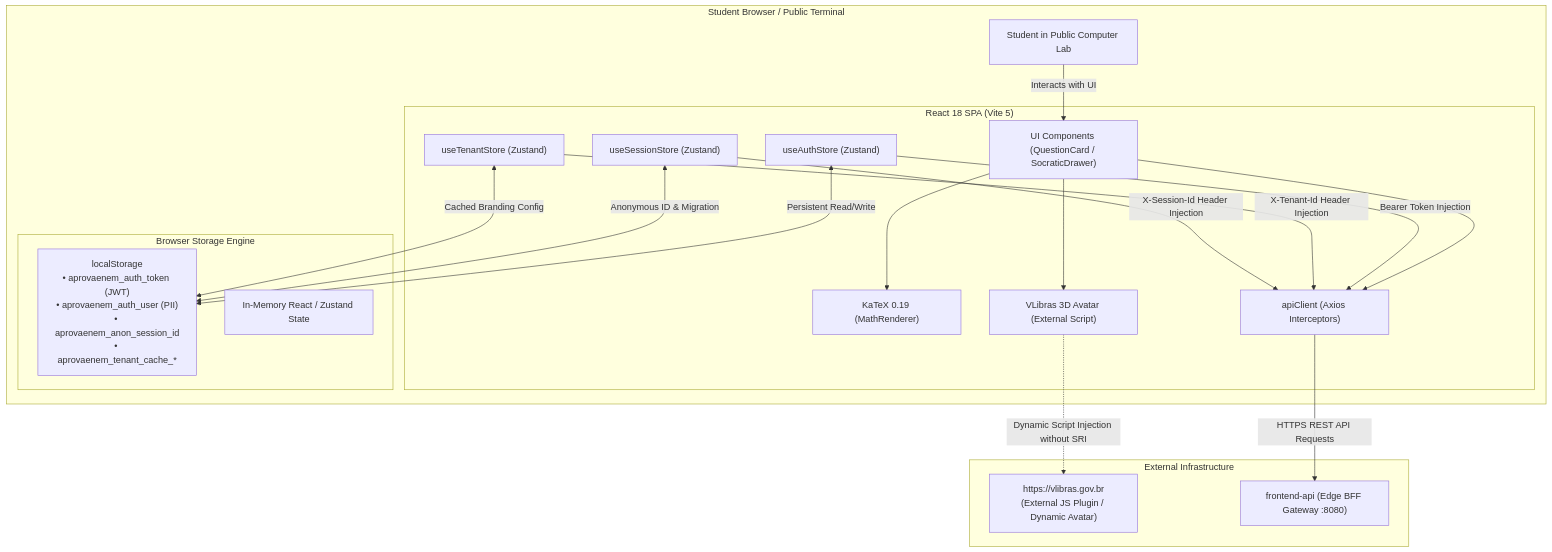
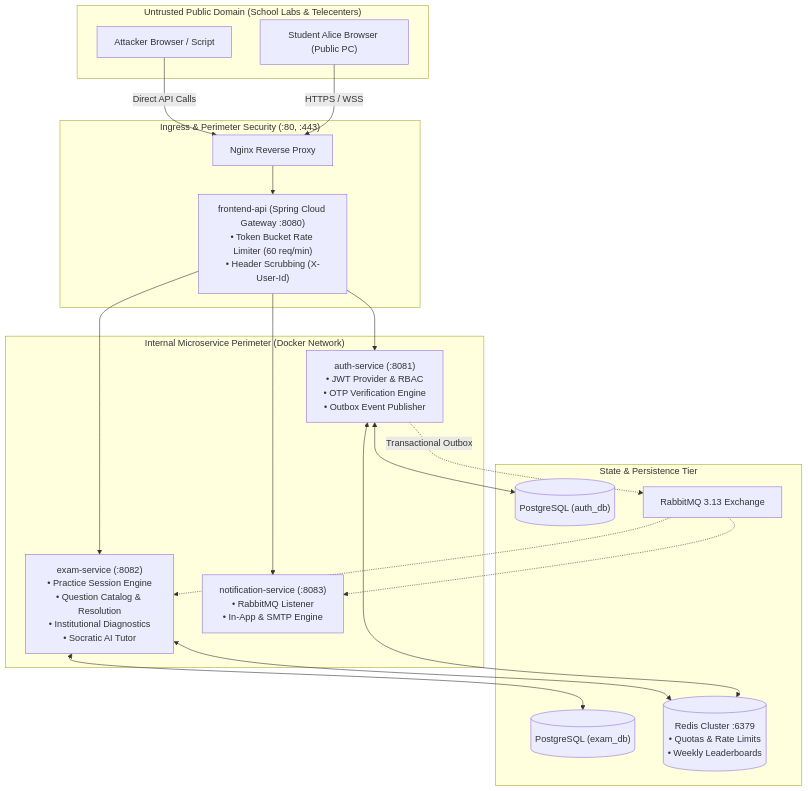
Before and after one commit to Veras-D/AprovaENEM: the first of 4 diagrams in docs/audit/jam2-stage1-client-threat-model.md, drawn with Mermaid. The commit also changed other lines of this file and 2 other files, not shown here.

````diff
--- a/docs/audit/jam2-stage1-client-threat-model.md
+++ b/docs/audit/jam2-stage1-client-threat-model.md
@@ -48,41 +52,41 @@
 ```mermaid
 flowchart TD
-    subgraph ClientBrowser ["Student Browser / Public Terminal"]
-        User["Student in Public Computer Lab"]
-        
-        subgraph FrontendSPA ["React 18 SPA (Vite 5)"]
-            UI["UI Components (QuestionCard / SocraticDrawer)"]
-            KaTeX["KaTeX 0.19 (MathRenderer)"]
-            VLibrasWidget["VLibras 3D Avatar (External Script)"]
-            AuthStore["useAuthStore (Zustand)"]
-            SessionStore["useSessionStore (Zustand)"]
-            TenantStore["useTenantStore (Zustand)"]
-            AxiosClient["apiClient (Axios Interceptors)"]
-        end
-
-        subgraph BrowserStorage ["Browser Storage Engine"]
-            LS["localStorage<br/>• aprovaenem_auth_token (JWT)<br/>• aprovaenem_auth_user (PII)<br/>• aprovaenem_anon_session_id<br/>• aprovaenem_tenant_cache_*"]
-            MemStore["In-Memory React / Zustand State"]
-        end
+    subgraph PublicBoundary ["Untrusted Public Domain (School Labs & Telecenters)"]
+        BrowserAlice["Student Alice Browser (Public PC)"]
+        BrowserAttacker["Attacker Browser / Script"]
     end
 
-    subgraph ExternalServices ["External Infrastructure"]
-        GovBR["https://vlibras.gov.br<br/>(External JS Plugin / Dynamic Avatar)"]
-        BackendGateway["frontend-api (Edge BFF Gateway :8080)"]
+    subgraph EdgeBoundary ["Ingress & Perimeter Security (:80, :443)"]
+        Nginx["Nginx Reverse Proxy"]
+        BFF["frontend-api (Spring Cloud Gateway :8080)<br/>• Token Bucket Rate Limiter (60 req/min)<br/>• Header Scrubbing (X-User-Id)"]
     end
 
-    User -->|Interacts with UI| UI
-    UI --> KaTeX
-    UI --> VLibrasWidget
-    VLibrasWidget -.->|Dynamic Script Injection without SRI| GovBR
-    AuthStore <-->|Persistent Read/Write| LS
-    SessionStore <-->|Anonymous ID & Migration| LS
-    TenantStore <-->|Cached Branding Config| LS
-    
-    UI --> AxiosClient
-    AuthStore -->|Bearer Token Injection| AxiosClient
-    TenantStore -->|X-Tenant-Id Header Injection| AxiosClient
-    SessionStore -->|X-Session-Id Header Injection| AxiosClient
-    
-    AxiosClient -->|HTTPS REST API Requests| BackendGateway
+    subgraph ServiceMesh ["Internal Microservice Perimeter (Docker Network)"]
+        AuthSvc["auth-service (:8081)<br/>• JWT Provider & RBAC<br/>• OTP Verification Engine<br/>• Outbox Event Publisher"]
+        ExamSvc["exam-service (:8082)<br/>• Practice Session Engine<br/>• Question Catalog & Resolution<br/>• Institutional Diagnostics<br/>• Socratic AI Tutor"]
+        NotifSvc["notification-service (:8083)<br/>• RabbitMQ Listener<br/>• In-App & SMTP Engine"]
+    end
+
+    subgraph StateStorage ["State & Persistence Tier"]
+        PostgresAuth[("PostgreSQL (auth_db)")]
+        PostgresExam[("PostgreSQL (exam_db)")]
+        RedisState[("Redis Cluster :6379<br/>• Quotas & Rate Limits<br/>• Weekly Leaderboards")]
+        RabbitMQBroker["RabbitMQ 3.13 Exchange"]
+    end
+
+    BrowserAlice -->|HTTPS / WSS| Nginx
+    BrowserAttacker -->|Direct API Calls| Nginx
+    Nginx --> BFF
+    BFF --> AuthSvc
+    BFF --> ExamSvc
+    BFF --> NotifSvc
+
+    AuthSvc <--> PostgresAuth
+    ExamSvc <--> PostgresExam
+    AuthSvc <--> RedisState
+    ExamSvc <--> RedisState
+
+    AuthSvc -.->|Transactional Outbox| RabbitMQBroker
+    RabbitMQBroker -.-> NotifSvc
+    RabbitMQBroker -.-> ExamSvc
 ```
````
